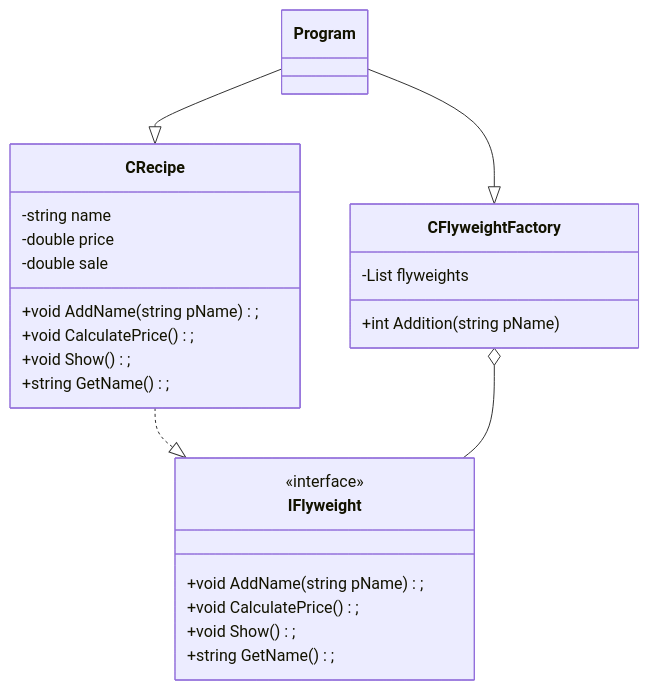
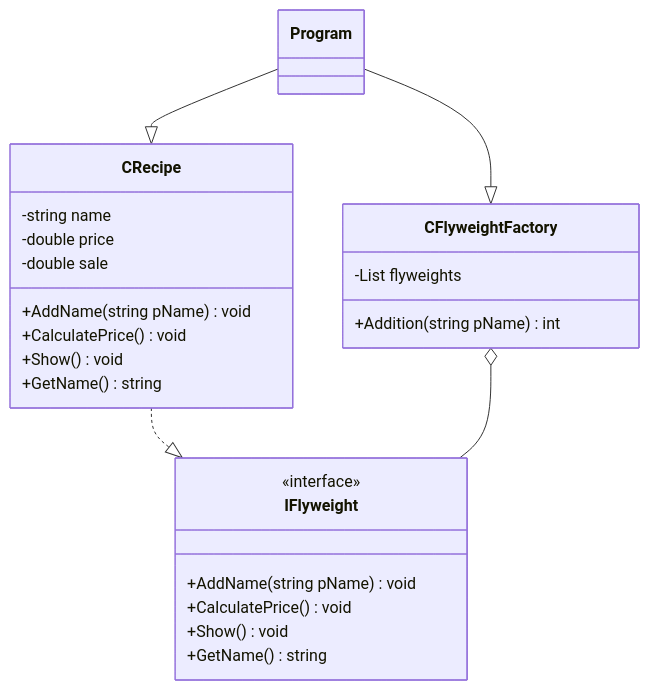
Before and after one commit to maherme/design_patterns: the second of 2 diagrams in 06_flyweight/README.md, drawn with Mermaid.

````diff
--- a/06_flyweight/README.md
+++ b/06_flyweight/README.md
@@ -37,28 +37,28 @@
 ```mermaid
   classDiagram
     class Program
     class IFlyweight{
       <<interface>>
-      +void AddName(string pName);
-      +void CalculatePrice();
-      +void Show();
-      +string GetName();
+      +AddName(string pName) void
+      +CalculatePrice() void
+      +Show() void
+      +GetName() string
     }
     class CFlyweightFactory{
       -List flyweights
-      +int Addition(string pName)
+      +Addition(string pName) int
     }
     class CRecipe{
       -string name
       -double price
       -double sale
-      +void AddName(string pName);
-      +void CalculatePrice();
-      +void Show();
-      +string GetName();
+      +AddName(string pName) void
+      +CalculatePrice() void
+      +Show() void
+      +GetName() string
     }
     Program --|> CFlyweightFactory
     Program --|> CRecipe
     CRecipe ..|> IFlyweight
     CFlyweightFactory o-- IFlyweight
 ```
````
